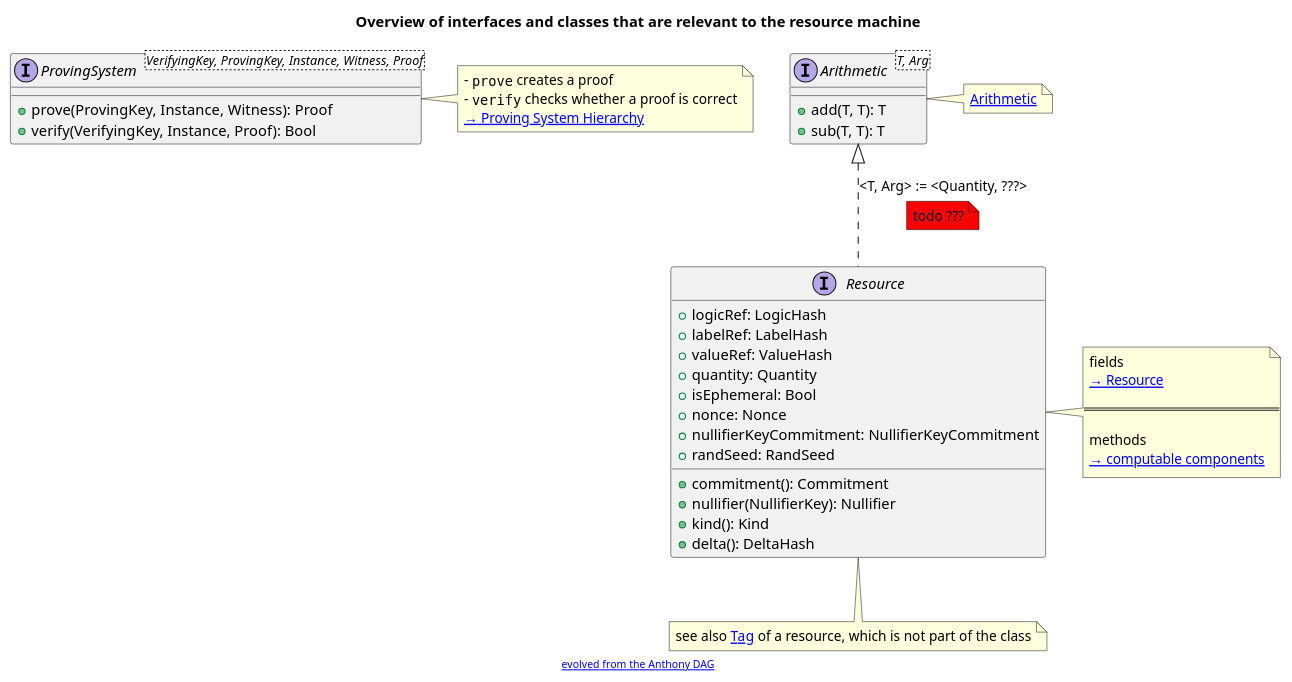
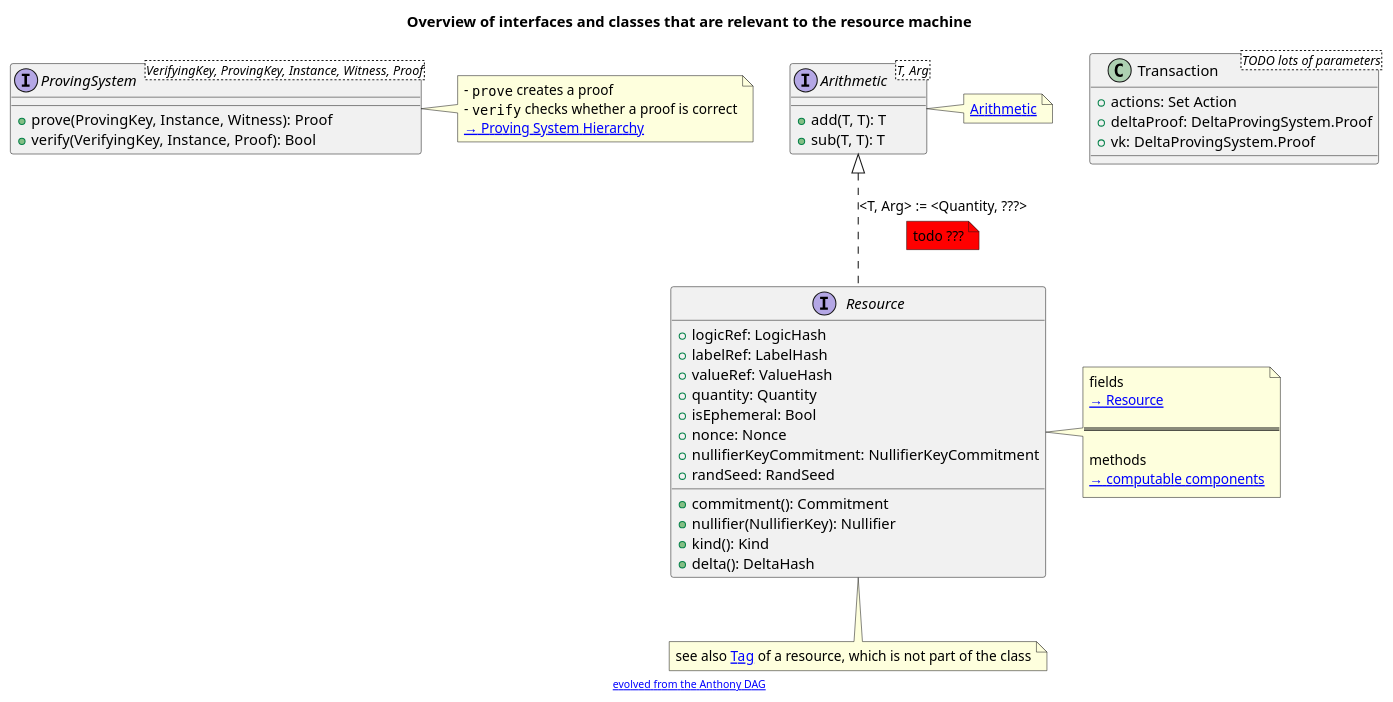
The diagram in docs/arch/system/state/resource_machine_03/rm-overview-diagram.puml (anoma/nspec), drawn with PlantUML before and after one commit. The commit also changed 1 other file, not shown here.

Commit message:
go for transaction as next item

```diff
--- a/docs/arch/system/state/resource_machine_03/rm-overview-diagram.puml
+++ b/docs/arch/system/state/resource_machine_03/rm-overview-diagram.puml
@@ -1,85 +1,99 @@
 @startuml
 ' This is an overview of interfaces and classes that are relevant to the resource machine
 title
 Overview of interfaces and classes that are relevant to the resource machine
 end title
 
 ' The proving system interface
 interface "ProvingSystem<VerifyingKey, ProvingKey, Instance, Witness, Proof>" as PSI {
         ' create a proof
         +prove(ProvingKey, Instance, Witness): Proof
         ' check whether a proof is correct
         +verify(VerifyingKey, Instance, Proof): Bool
 }
 note right
 - ""prove"" creates a proof
 - ""verify"" checks whether a proof is correct
 [[https://specs.anoma.net/v0.1.4/arch/system/state/resource_machine/primitive_interfaces/proving_system/index.html#proving-system-hierarchy → Proving System Hierarchy]]
 end note
 ' note left of PSI
 ' test
 ' end note
 
 ' This is the interface of a `Arithmetic`
 ' TODO: do we want a group structure on T
 interface "Arithmetic<T, Arg>" as Arithmetic {
         +add(T, T): T
         +sub(T, T): T
         ' do we want a zero TODO
 }
 note right
 [[https://specs.anoma.net/v0.1.4/arch/system/state/resource_machine/primitive_interfaces/fixed_size_type/arithmetic.html Arithmetic]]
 end note
 
 'note below
 ' This is actually an additive group.
 'end note
 
 ' This is the interface of a `resource`
 interface Resource {
         ' logic reference, a logic hash
         +logicRef: LogicHash
         ' logic reference, a label hash
         +labelRef: LabelHash
         ' value reference, a value hash
         +valueRef: ValueHash
         ' quantity of Quantity type
         +quantity: Quantity
         ' whether or not the resource is ephemeral
         +isEphemeral: Bool
         ' nonce, a number used once
         +nonce: Nonce
         ' the nullifier key commitment
         +nullifierKeyCommitment: NullifierKeyCommitment
         ' a seed for pseudo-random number generation
         +randSeed: RandSeed
         ' computing a commitment to the resource
         +commitment(): Commitment
         ' computing the nullifier for this resource (requires the NK)
         +nullifier(NullifierKey): Nullifier
         ' computing the kind
         +kind(): Kind
         ' computing the delta
         +delta(): DeltaHash
 }
 note right of Resource
         fields
         [[https://specs.anoma.net/v0.1.4/arch/system/state/resource_machine/data_structures/resource/index.html#resource → Resource]]
 
         ===
 
         methods
         [[https://specs.anoma.net/v0.1.4/arch/system/state/resource_machine/primitive_interfaces/fixed_size_type/hash.html#hash-interface-diagram → computable components]]
 end note
 note bottom of Resource
 see also [[https://specs.anoma.net/v0.1.4/arch/system/state/resource_machine/data_structures/resource/computable_components/introduction.html?h=resource+tag#tag Tag]] of a resource, which is not part of the class
 end note
 
 Arithmetic <|-[dashed]- Resource: <T, Arg> := <Quantity, ???>
 note bottom on link #red
 todo ???
 end note
 
+
+class "Transaction<TODO lots of parameters>" as Transaction {
+        ' these are not any more neede
+        ' +CMTreeRoots: Set CMtree.Value
+        +actions: Set Action
+        +deltaProof: DeltaProvingSystem.Proof
+        +vk: DeltaProvingSystem.Proof
+        /' TODO: sort the interface out
+         ' +create(Set CMtree.Value, Set Actions): Transaction
+         ' +compose(Transaction, Transaction): Transaction
+         ' +verify(): Bool
+         ' +delta(): DeltaHash
+         '/
+}
 '--------------------------------------------------------------------------------'
 footer "[[https://tinyurl.com/anthonydag evolved from the Anthony DAG]]"
 @enduml
```
